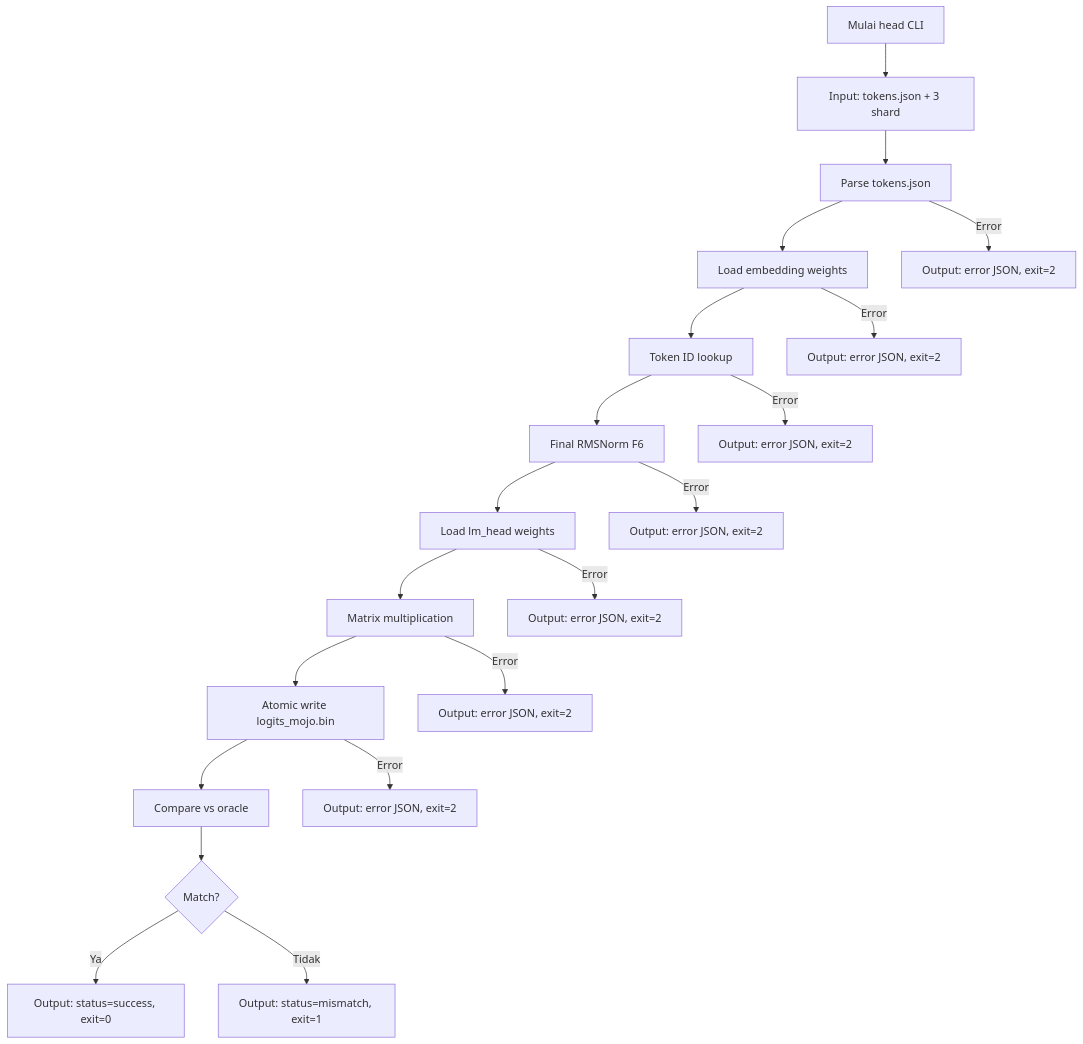
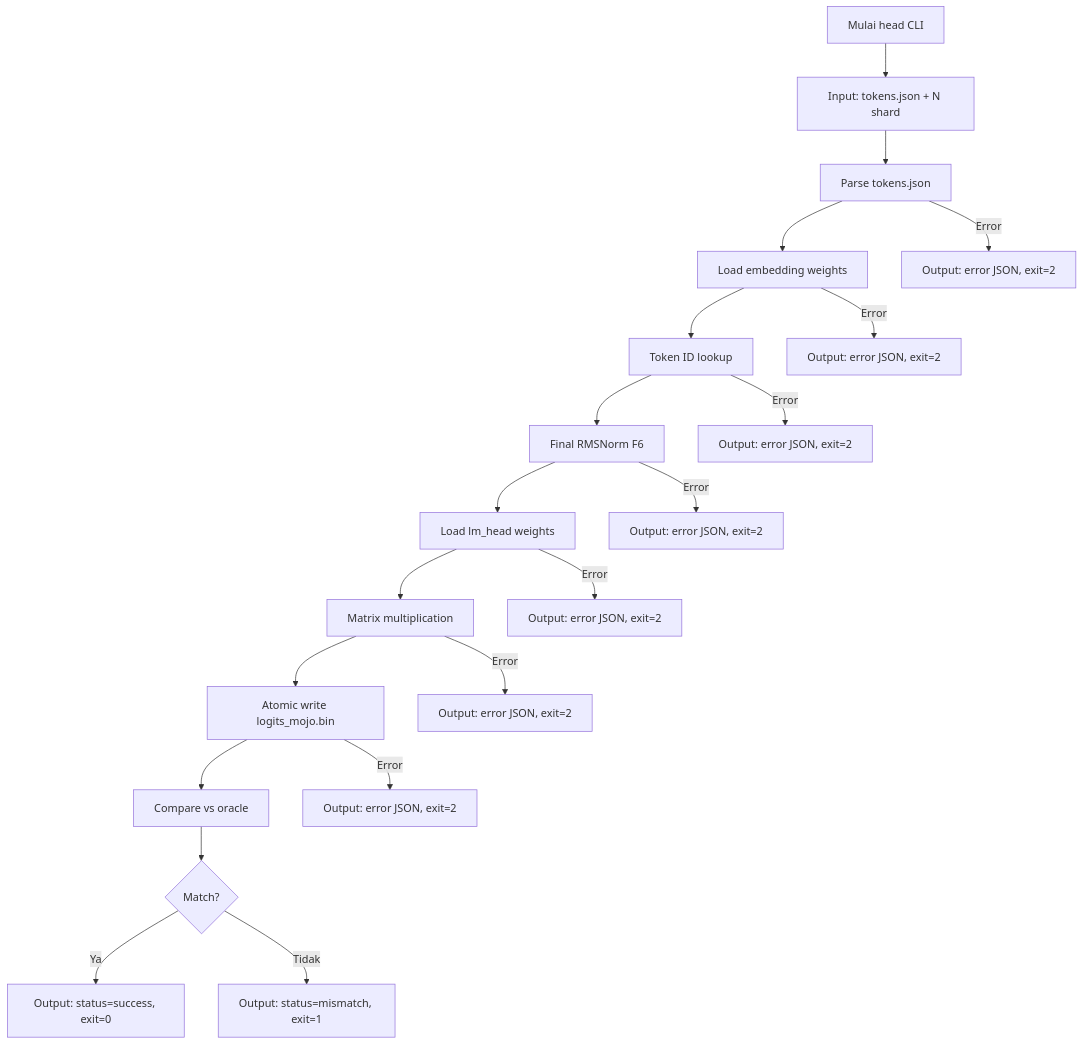
One commit to will2469/disk-streaming-moe-engine changed the diagram in docs/milestones/M1-head-path.md. Above: the diagram before and after it, drawn with Mermaid. The commit also changed other lines of this file and 15 other files, not shown here.

Commit message:
docs: update architecture and milestone documentation to reflect 8-shard model partitioning and precise tensor offsets

````diff
--- a/docs/milestones/M1-head-path.md
+++ b/docs/milestones/M1-head-path.md
@@ -198,22 +199,22 @@
 ```mermaid
 flowchart TB
-    START[Mulai head CLI] --> INPUT[Input: tokens.json + 3 shard]
+    START[Mulai head CLI] --> INPUT[Input: tokens.json + N shard]
     INPUT --> PARSET[Parse tokens.json]
     PARSET --> LOADE[Load embedding weights]
     LOADE --> LOOKUP[Token ID lookup]
     LOOKUP --> NORM[Final RMSNorm F6]
     NORM --> LOADL[Load lm_head weights]
     LOADL --> MATMUL[Matrix multiplication]
     MATMUL --> WRITE[Atomic write logits_mojo.bin]
     WRITE --> COMPARE[Compare vs oracle]
     COMPARE --> CHECK{Match?}
     CHECK -->|Ya| SUCCESS[Output: status=success, exit=0]
     CHECK -->|Tidak| MISMATCH[Output: status=mismatch, exit=1]
     PARSET -->|Error| ERROR1[Output: error JSON, exit=2]
     LOADE -->|Error| ERROR2[Output: error JSON, exit=2]
     LOOKUP -->|Error| ERROR3[Output: error JSON, exit=2]
     NORM -->|Error| ERROR4[Output: error JSON, exit=2]
     LOADL -->|Error| ERROR5[Output: error JSON, exit=2]
     MATMUL -->|Error| ERROR6[Output: error JSON, exit=2]
     WRITE -->|Error| ERROR7[Output: error JSON, exit=2]
 ```
````
